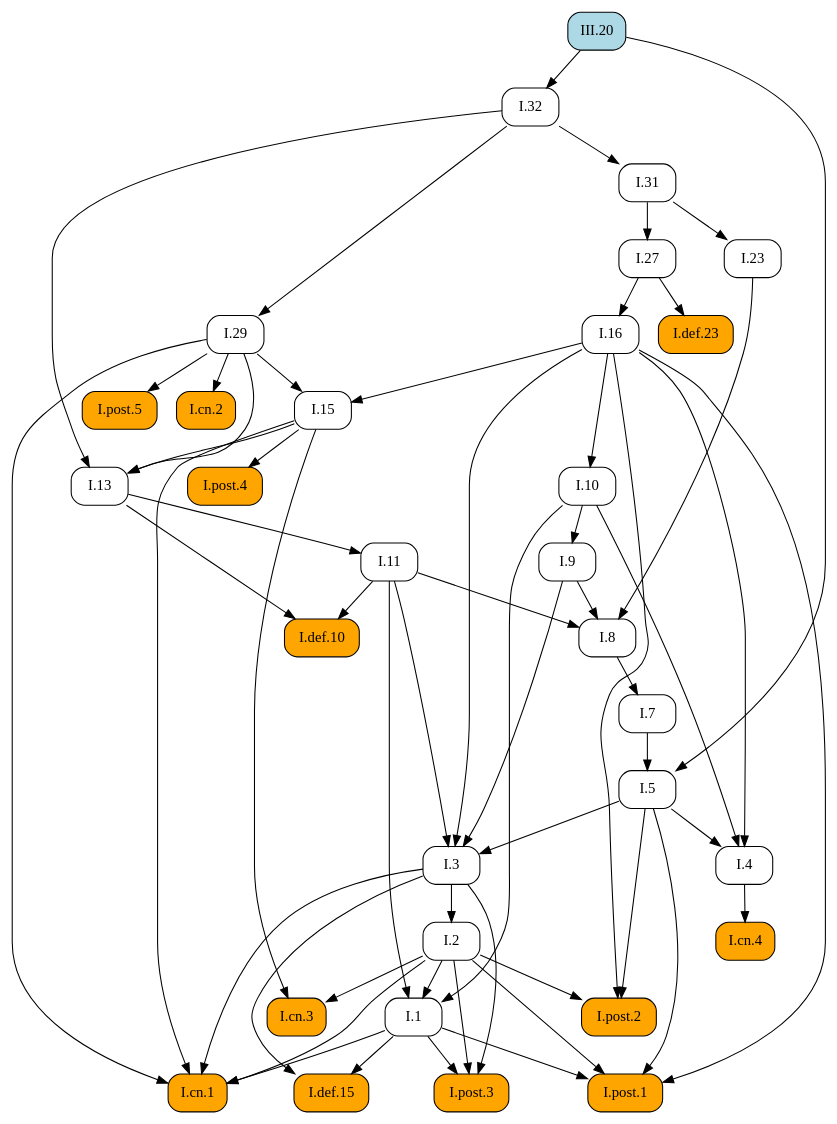
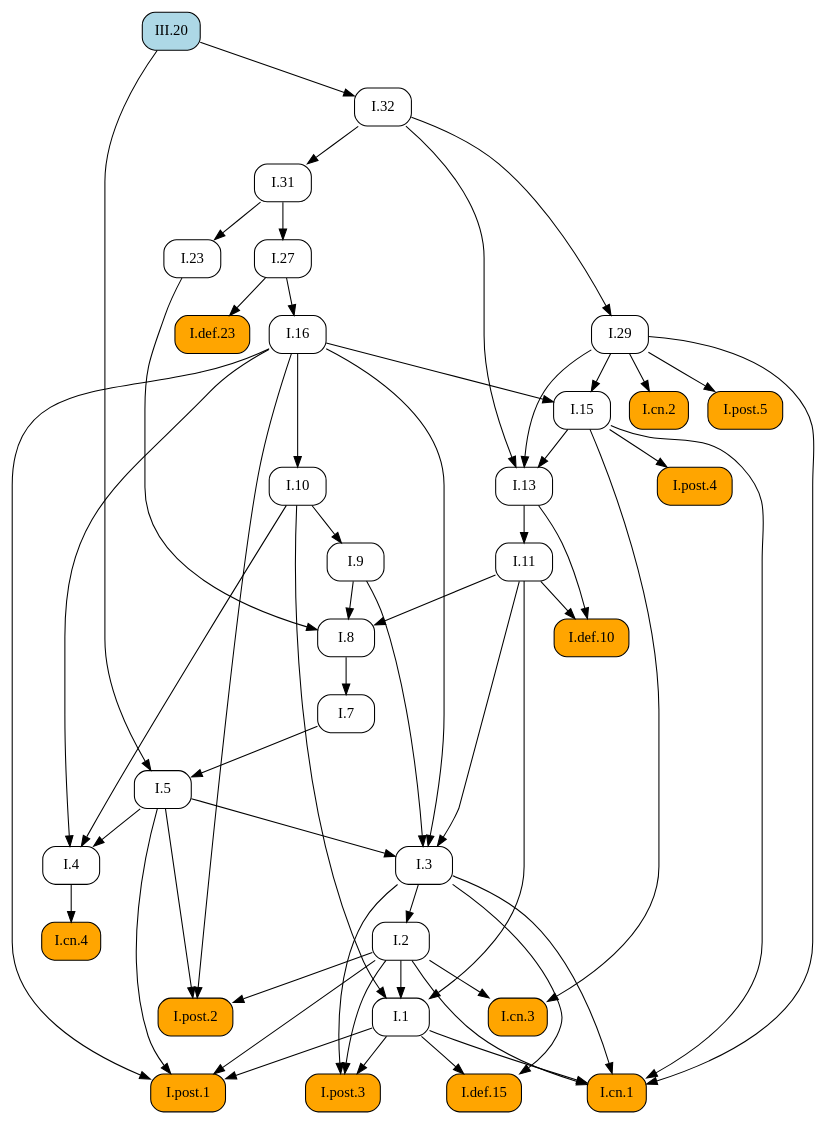
One commit to geometor/elements changed the diagram in docsrc/elements2/III/20/index.rst. Above: the diagram before and after it, drawn with Graphviz. The commit also changed other lines of this file and 171 other files, not shown here.

```diff
--- a/docsrc/elements2/III/20/index.rst
+++ b/docsrc/elements2/III/20/index.rst
@@ -65,92 +65,92 @@
    digraph {
      rankdir="TB";
      node [shape=box, style=rounded];
+     "I.8" [URL="/elements2/I/8/", target="_top"];
+     "I.32" [URL="/elements2/I/32/", target="_top"];
+     "I.1" [URL="/elements2/I/1/", target="_top"];
+     "I.cn.4" [style="rounded,filled", fillcolor=orange, URL="/elements2/I/cn.4/", target="_top"];
+     "I.cn.3" [style="rounded,filled", fillcolor=orange, URL="/elements2/I/cn.3/", target="_top"];
+     "III.20" [style="rounded,filled", fillcolor=lightblue, URL="/elements2/III/20/", target="_top"];
+     "I.7" [URL="/elements2/I/7/", target="_top"];
+     "I.post.1" [style="rounded,filled", fillcolor=orange, URL="/elements2/I/post.1/", target="_top"];
+     "I.9" [URL="/elements2/I/9/", target="_top"];
+     "I.5" [URL="/elements2/I/5/", target="_top"];
+     "I.post.5" [style="rounded,filled", fillcolor=orange, URL="/elements2/I/post.5/", target="_top"];
+     "I.cn.1" [style="rounded,filled", fillcolor=orange, URL="/elements2/I/cn.1/", target="_top"];
+     "I.29" [URL="/elements2/I/29/", target="_top"];
+     "I.def.10" [style="rounded,filled", fillcolor=orange, URL="/elements2/I/def.10/", target="_top"];
+     "I.post.4" [style="rounded,filled", fillcolor=orange, URL="/elements2/I/post.4/", target="_top"];
      "I.16" [URL="/elements2/I/16/", target="_top"];
-     "I.def.10" [style="rounded,filled", fillcolor=orange, URL="/elements2/I/def.10/", target="_top"];
+     "I.cn.2" [style="rounded,filled", fillcolor=orange, URL="/elements2/I/cn.2/", target="_top"];
+     "I.13" [URL="/elements2/I/13/", target="_top"];
+     "I.2" [URL="/elements2/I/2/", target="_top"];
+     "I.27" [URL="/elements2/I/27/", target="_top"];
+     "I.def.15" [style="rounded,filled", fillcolor=orange, URL="/elements2/I/def.15/", target="_top"];
+     "I.4" [URL="/elements2/I/4/", target="_top"];
      "I.def.23" [style="rounded,filled", fillcolor=orange, URL="/elements2/I/def.23/", target="_top"];
-     "I.9" [URL="/elements2/I/9/", target="_top"];
-     "I.2" [URL="/elements2/I/2/", target="_top"];
-     "I.32" [URL="/elements2/I/32/", target="_top"];
-     "I.cn.2" [style="rounded,filled", fillcolor=orange, URL="/elements2/I/cn.2/", target="_top"];
+     "I.31" [URL="/elements2/I/31/", target="_top"];
+     "I.11" [URL="/elements2/I/11/", target="_top"];
+     "I.10" [URL="/elements2/I/10/", target="_top"];
      "I.15" [URL="/elements2/I/15/", target="_top"];
-     "I.post.5" [style="rounded,filled", fillcolor=orange, URL="/elements2/I/post.5/", target="_top"];
+     "I.3" [URL="/elements2/I/3/", target="_top"];
+     "I.post.2" [style="rounded,filled", fillcolor=orange, URL="/elements2/I/post.2/", target="_top"];
      "I.23" [URL="/elements2/I/23/", target="_top"];
-     "I.8" [URL="/elements2/I/8/", target="_top"];
-     "III.20" [style="rounded,filled", fillcolor=lightblue, URL="/elements2/III/20/", target="_top"];
-     "I.def.15" [style="rounded,filled", fillcolor=orange, URL="/elements2/I/def.15/", target="_top"];
-     "I.cn.4" [style="rounded,filled", fillcolor=orange, URL="/elements2/I/cn.4/", target="_top"];
      "I.post.3" [style="rounded,filled", fillcolor=orange, URL="/elements2/I/post.3/", target="_top"];
-     "I.1" [URL="/elements2/I/1/", target="_top"];
-     "I.27" [URL="/elements2/I/27/", target="_top"];
-     "I.post.2" [style="rounded,filled", fillcolor=orange, URL="/elements2/I/post.2/", target="_top"];
-     "I.13" [URL="/elements2/I/13/", target="_top"];
-     "I.31" [URL="/elements2/I/31/", target="_top"];
-     "I.10" [URL="/elements2/I/10/", target="_top"];
-     "I.post.1" [style="rounded,filled", fillcolor=orange, URL="/elements2/I/post.1/", target="_top"];
-     "I.7" [URL="/elements2/I/7/", target="_top"];
-     "I.post.4" [style="rounded,filled", fillcolor=orange, URL="/elements2/I/post.4/", target="_top"];
-     "I.cn.1" [style="rounded,filled", fillcolor=orange, URL="/elements2/I/cn.1/", target="_top"];
-     "I.3" [URL="/elements2/I/3/", target="_top"];
-     "I.cn.3" [style="rounded,filled", fillcolor=orange, URL="/elements2/I/cn.3/", target="_top"];
-     "I.11" [URL="/elements2/I/11/", target="_top"];
-     "I.29" [URL="/elements2/I/29/", target="_top"];
-     "I.5" [URL="/elements2/I/5/", target="_top"];
-     "I.4" [URL="/elements2/I/4/", target="_top"];
-     "I.27" -> "I.16";
-     "I.11" -> "I.def.10";
-     "I.13" -> "I.def.10";
-     "I.27" -> "I.def.23";
-     "I.10" -> "I.9";
-     "I.3" -> "I.2";
-     "III.20" -> "I.32";
-     "I.29" -> "I.cn.2";
-     "I.16" -> "I.15";
-     "I.29" -> "I.15";
-     "I.29" -> "I.post.5";
-     "I.31" -> "I.23";
      "I.9" -> "I.8";
      "I.11" -> "I.8";
      "I.23" -> "I.8";
-     "I.1" -> "I.def.15";
-     "I.3" -> "I.def.15";
-     "I.4" -> "I.cn.4";
-     "I.1" -> "I.post.3";
-     "I.2" -> "I.post.3";
-     "I.3" -> "I.post.3";
+     "III.20" -> "I.32";
      "I.2" -> "I.1";
      "I.10" -> "I.1";
      "I.11" -> "I.1";
-     "I.31" -> "I.27";
-     "I.2" -> "I.post.2";
-     "I.5" -> "I.post.2";
-     "I.16" -> "I.post.2";
-     "I.15" -> "I.13";
-     "I.29" -> "I.13";
-     "I.32" -> "I.13";
-     "I.32" -> "I.31";
-     "I.16" -> "I.10";
+     "I.4" -> "I.cn.4";
+     "I.2" -> "I.cn.3";
+     "I.15" -> "I.cn.3";
+     "I.8" -> "I.7";
      "I.1" -> "I.post.1";
      "I.2" -> "I.post.1";
      "I.5" -> "I.post.1";
      "I.16" -> "I.post.1";
-     "I.8" -> "I.7";
-     "I.15" -> "I.post.4";
+     "I.10" -> "I.9";
+     "I.7" -> "I.5";
+     "III.20" -> "I.5";
+     "I.29" -> "I.post.5";
      "I.1" -> "I.cn.1";
      "I.2" -> "I.cn.1";
      "I.3" -> "I.cn.1";
      "I.15" -> "I.cn.1";
      "I.29" -> "I.cn.1";
+     "I.32" -> "I.29";
+     "I.11" -> "I.def.10";
+     "I.13" -> "I.def.10";
+     "I.15" -> "I.post.4";
+     "I.27" -> "I.16";
+     "I.29" -> "I.cn.2";
+     "I.15" -> "I.13";
+     "I.29" -> "I.13";
+     "I.32" -> "I.13";
+     "I.3" -> "I.2";
+     "I.31" -> "I.27";
+     "I.1" -> "I.def.15";
+     "I.3" -> "I.def.15";
+     "I.5" -> "I.4";
+     "I.10" -> "I.4";
+     "I.16" -> "I.4";
+     "I.27" -> "I.def.23";
+     "I.32" -> "I.31";
+     "I.13" -> "I.11";
+     "I.16" -> "I.10";
+     "I.16" -> "I.15";
+     "I.29" -> "I.15";
      "I.5" -> "I.3";
      "I.9" -> "I.3";
      "I.11" -> "I.3";
      "I.16" -> "I.3";
-     "I.2" -> "I.cn.3";
-     "I.15" -> "I.cn.3";
-     "I.13" -> "I.11";
-     "I.32" -> "I.29";
-     "I.7" -> "I.5";
-     "III.20" -> "I.5";
-     "I.5" -> "I.4";
-     "I.10" -> "I.4";
-     "I.16" -> "I.4";
+     "I.2" -> "I.post.2";
+     "I.5" -> "I.post.2";
+     "I.16" -> "I.post.2";
+     "I.31" -> "I.23";
+     "I.1" -> "I.post.3";
+     "I.2" -> "I.post.3";
+     "I.3" -> "I.post.3";
    }
```
